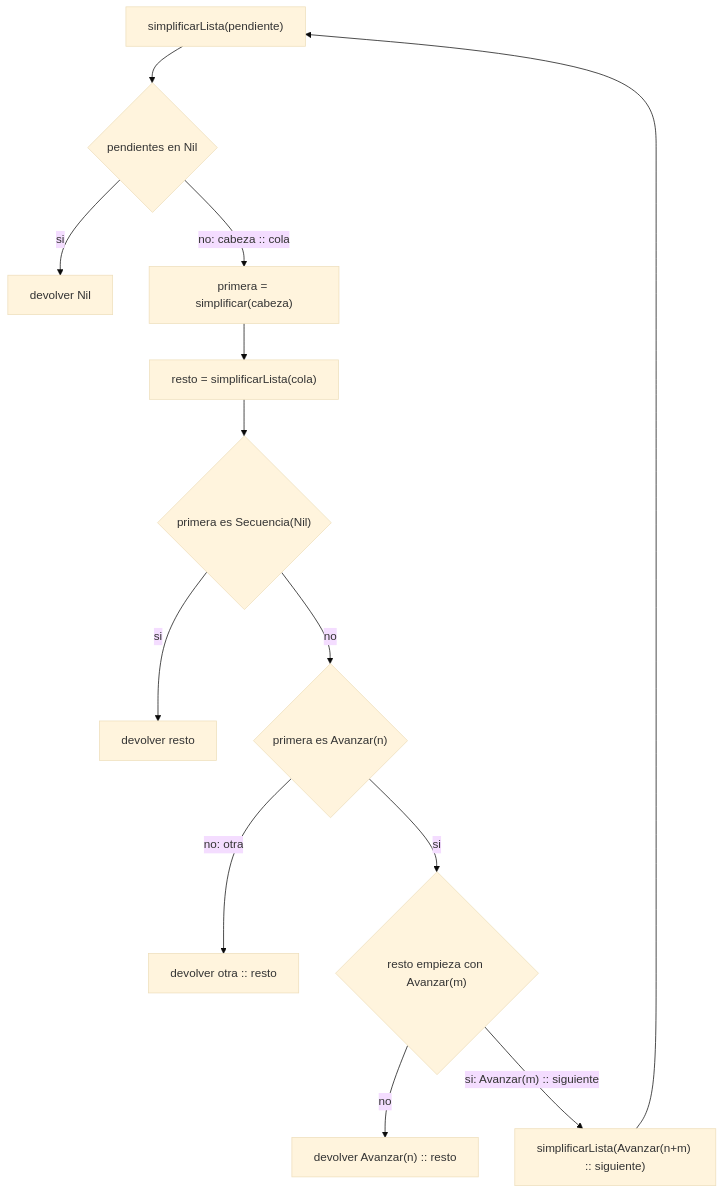
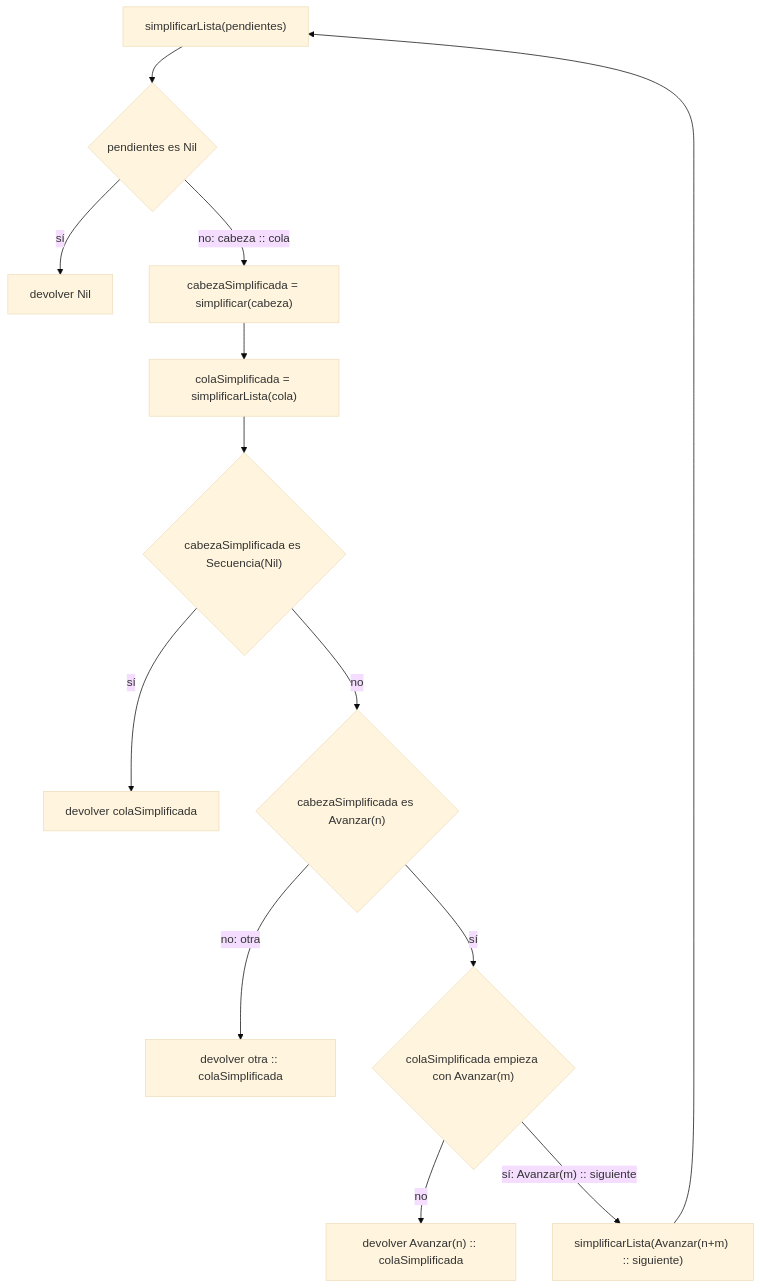
Before and after one commit to Lopez-andres/pfc-taller-2-robot-en-cuadricula: the fourth of 4 diagrams in docs/proceso.md, drawn with Mermaid (base theme). The commit also changed other lines of this file and 4 other files, not shown here.

````diff
--- a/docs/proceso.md
+++ b/docs/proceso.md
@@ -350,16 +797,16 @@
 ```mermaid
 flowchart TD
-    S["simplificarLista(pendiente)"] --> N{"pendientes en Nil"}
-    N--> |"si"| N1["devolver Nil"]
-    N-->|"no: cabeza :: cola"| A["primera = simplificar(cabeza)"]
-    A-->B["resto = simplificarLista(cola)"]
-    B-->C{"primera es Secuencia(Nil)"}
-    C-->|"si"| D["devolver resto"]
-    C-->|"no"| E{"primera es Avanzar(n)"}
-    E-->|"no: otra"| F["devolver otra :: resto"]
-    E-->|"si"| G{"resto empieza con Avanzar(m)"}
-    G-->|"no"| H["devolver Avanzar(n) :: resto"]
-    G-->|"si: Avanzar(m) :: siguiente"| I["simplificarLista(Avanzar(n+m) :: siguiente)"]
+    S["simplificarLista(pendientes)"] --> N{"pendientes es Nil"}
+    N--> |"sí"| N1["devolver Nil"]
+    N-->|"no: cabeza :: cola"| A["cabezaSimplificada = simplificar(cabeza)"]
+    A-->B["colaSimplificada = simplificarLista(cola)"]
+    B-->C{"cabezaSimplificada es Secuencia(Nil)"}
+    C-->|"sí"| D["devolver colaSimplificada"]
+    C-->|"no"| E{"cabezaSimplificada es Avanzar(n)"}
+    E-->|"no: otra"| F["devolver otra :: colaSimplificada"]
+    E-->|"sí"| G{"colaSimplificada empieza con Avanzar(m)"}
+    G-->|"no"| H["devolver Avanzar(n) :: colaSimplificada"]
+    G-->|"sí: Avanzar(m) :: siguiente"| I["simplificarLista(Avanzar(n+m) :: siguiente)"]
     I-->S
     
 ```
````
